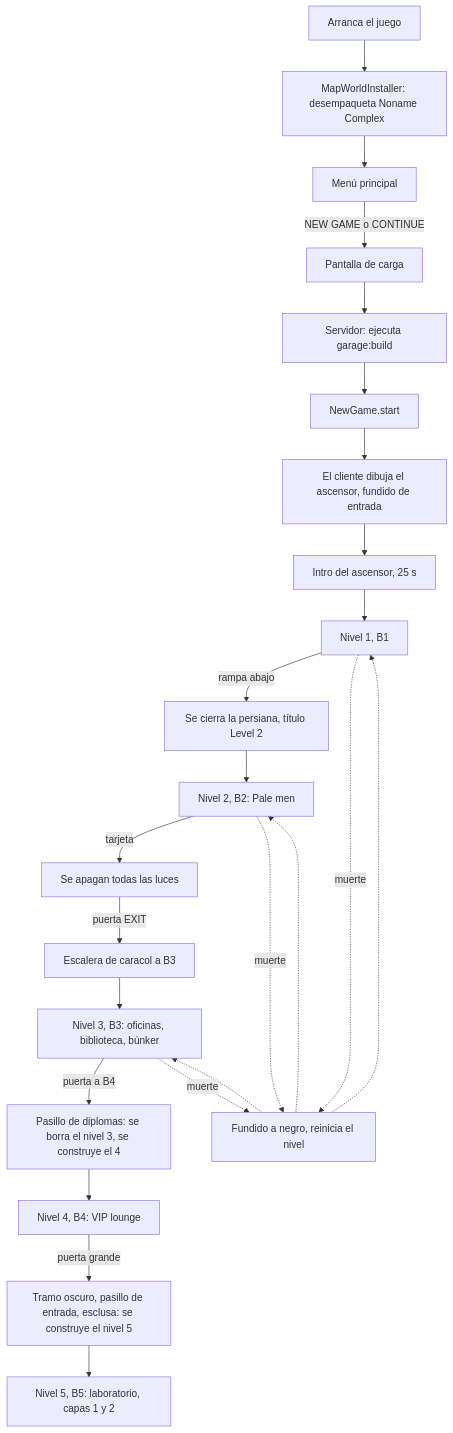
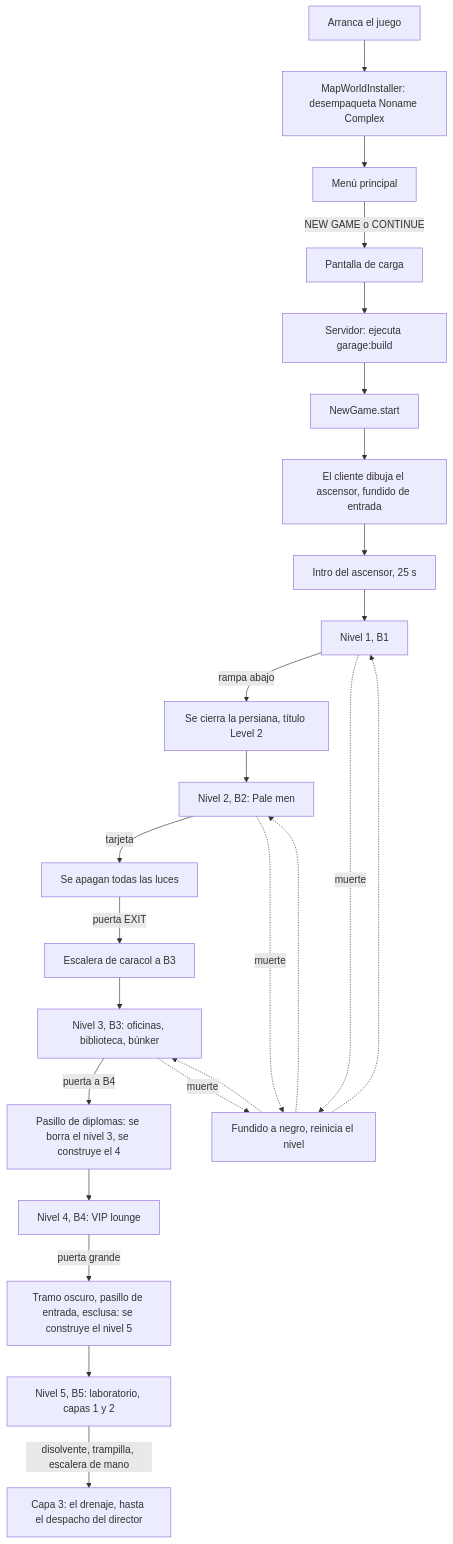
One commit to Daio7771/EveryTunnelMod changed the diagram in docs/es/game-flow.md. Above: the diagram before and after it, drawn with Mermaid. The commit also changed other lines of this file and 230 other files, not shown here.

````diff
--- a/docs/es/game-flow.md
+++ b/docs/es/game-flow.md
@@ -8,26 +8,27 @@
 ```mermaid
 flowchart TD
     A[Arranca el juego] --> B[MapWorldInstaller: desempaqueta Noname Complex]
     B --> C[Menú principal]
     C -->|NEW GAME o CONTINUE| D[Pantalla de carga]
     D --> E[Servidor: ejecuta garage:build]
     E --> F[NewGame.start]
     F --> G[El cliente dibuja el ascensor, fundido de entrada]
     G --> H[Intro del ascensor, 25 s]
     H --> I[Nivel 1, B1]
     I -->|rampa abajo| J[Se cierra la persiana, título Level 2]
     J --> K[Nivel 2, B2: Pale men]
     K -->|tarjeta| L[Se apagan todas las luces]
     L -->|puerta EXIT| M[Escalera de caracol a B3]
     M --> P[Nivel 3, B3: oficinas, biblioteca, búnker]
     P -->|puerta a B4| Q[Pasillo de diplomas: se borra el nivel 3, se construye el 4]
     Q --> R[Nivel 4, B4: VIP lounge]
     R -->|puerta grande| S[Tramo oscuro, pasillo de entrada, esclusa: se construye el nivel 5]
     S --> T[Nivel 5, B5: laboratorio, capas 1 y 2]
+    T -->|disolvente, trampilla, escalera de mano| U[Capa 3: el drenaje, hasta el despacho del director]
     I -.->|muerte| O[Fundido a negro, reinicia el nivel]
     K -.->|muerte| O
     P -.->|muerte| O
     O -.-> I
     O -.-> K
     O -.-> P
 ```
````
